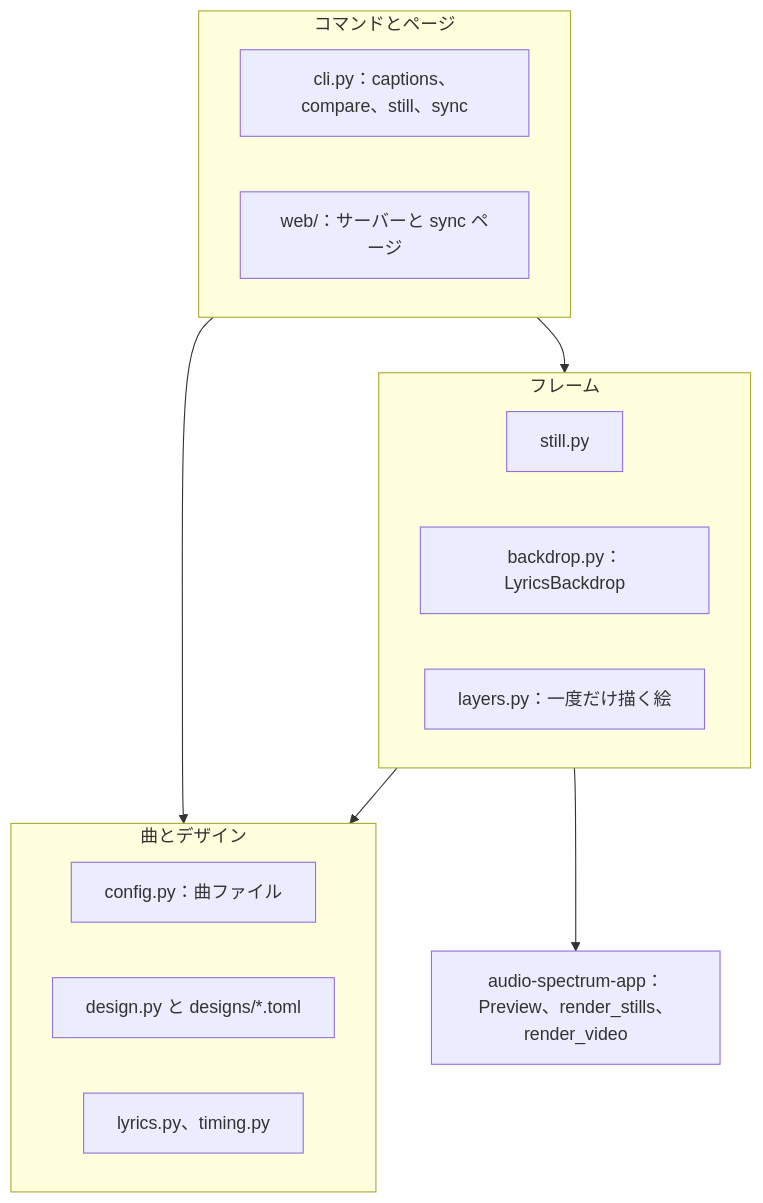
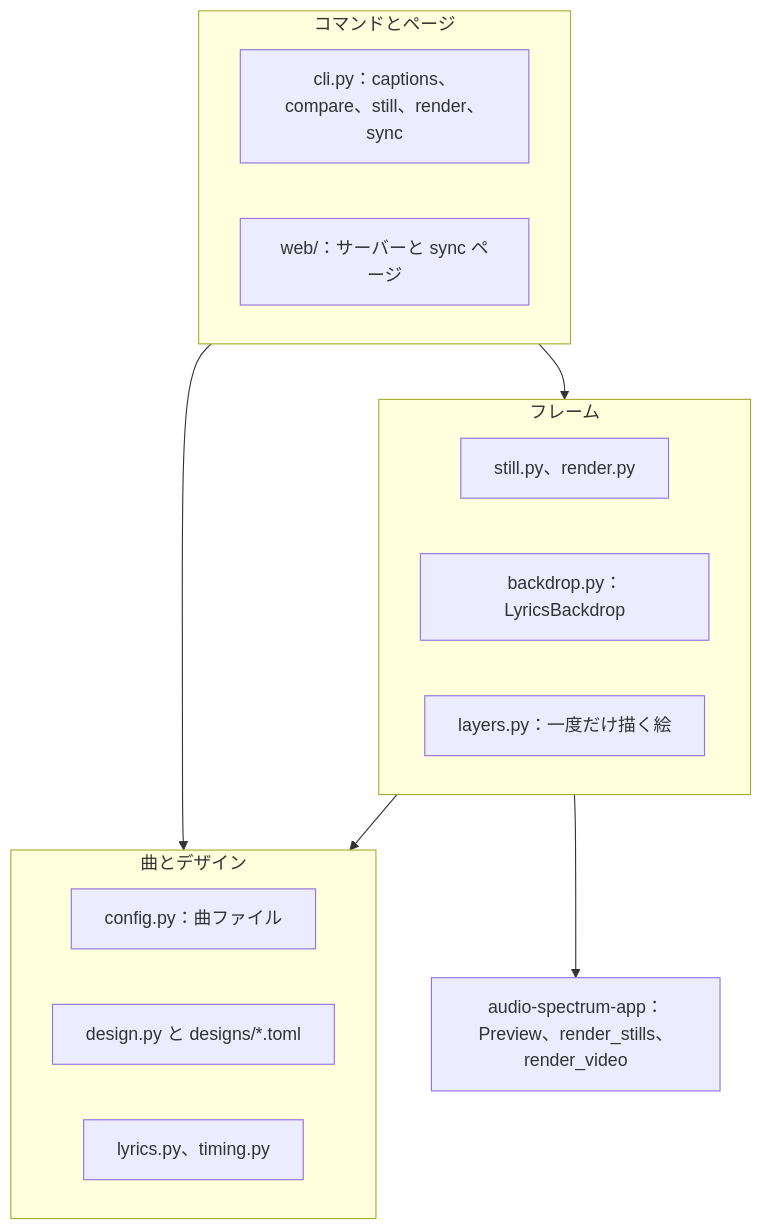
One commit to musica-sanare/lyrics-video-app changed the first of 3 diagrams in docs/ja/ARCHITECTURE.md. Above: the diagram before and after it, drawn with Mermaid. The commit also changed other lines of this file and 14 other files, not shown here.

````diff
--- a/docs/ja/ARCHITECTURE.md
+++ b/docs/ja/ARCHITECTURE.md
@@ -15,22 +15,22 @@
 ```mermaid
 flowchart TB
   subgraph commands["コマンドとページ"]
-    cli["cli.py：captions、compare、still、sync"]
+    cli["cli.py：captions、compare、still、render、sync"]
     web["web/：サーバーと sync ページ"]
   end
   subgraph frames["フレーム"]
-    still["still.py"]
+    still["still.py、render.py"]
     backdrop["backdrop.py：LyricsBackdrop"]
     layers["layers.py：一度だけ描く絵"]
   end
   subgraph inputs["曲とデザイン"]
     config["config.py：曲ファイル"]
     design["design.py と designs/*.toml"]
     text["lyrics.py、timing.py"]
   end
   spectrum["audio-spectrum-app：Preview、render_stills、render_video"]
   commands --> frames
   commands --> inputs
   frames --> inputs
   frames --> spectrum
 ```
````
